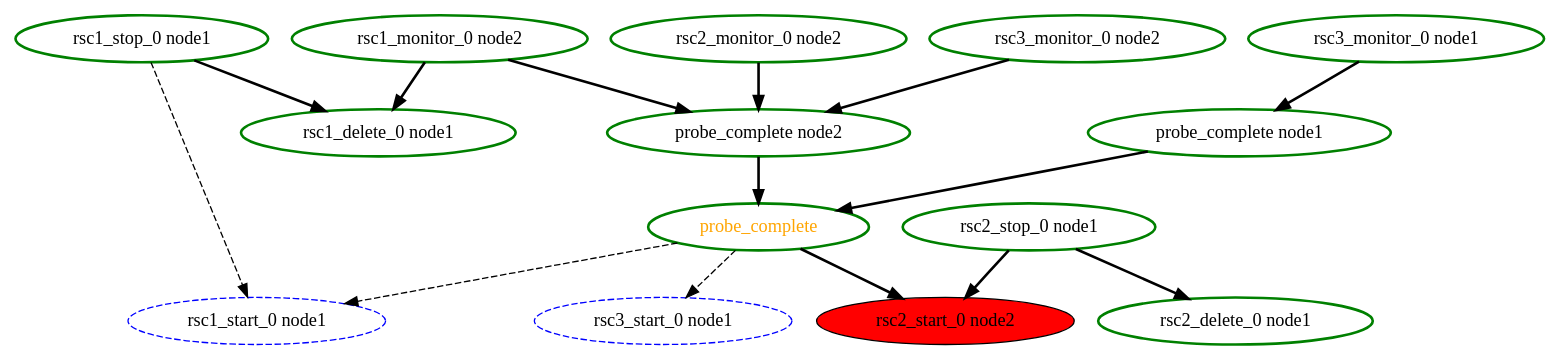
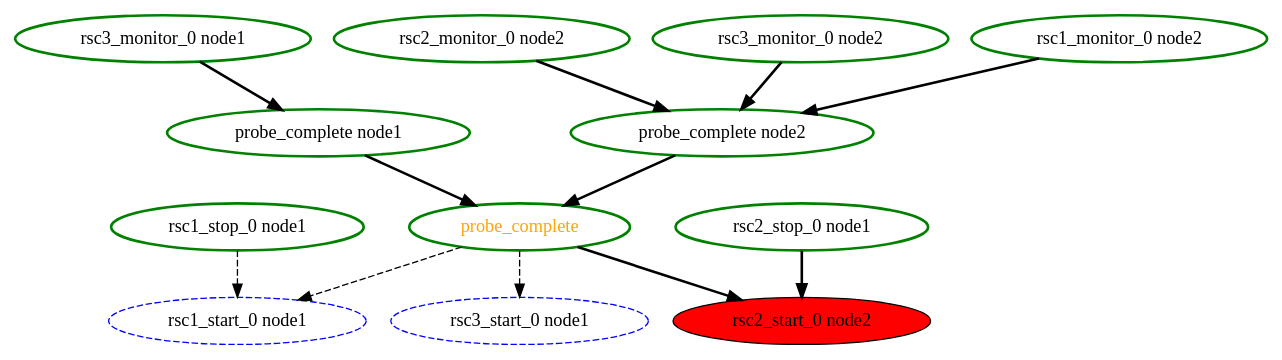
One commit to richiewen8/heartbeat changed the diagram in crm/pengine/testcases/quorum-3.dot. Above: the diagram before and after it, drawn with Graphviz. The commit also changed 105 other files, not shown here.

```diff
--- a/crm/pengine/testcases/quorum-3.dot
+++ b/crm/pengine/testcases/quorum-3.dot
@@ -1,31 +1,26 @@
 digraph "g" {
 	size = "30,30"
 "probe_complete" [ style=bold color="green" fontcolor="orange" ]
 "probe_complete node1" [ style=bold color="green" fontcolor="black" ]
 "rsc3_monitor_0 node1" [ style=bold color="green" fontcolor="black" ]
 "probe_complete node2" [ style=bold color="green" fontcolor="black" ]
 "rsc1_monitor_0 node2" [ style=bold color="green" fontcolor="black" ]
 "rsc2_monitor_0 node2" [ style=bold color="green" fontcolor="black" ]
 "rsc3_monitor_0 node2" [ style=bold color="green" fontcolor="black" ]
 "rsc1_stop_0 node1" [ style=bold color="green" fontcolor="black" ]
 "rsc1_start_0 node1" [ style="dashed" color="blue" fontcolor="black" ]
-"rsc1_delete_0 node1" [ style=bold color="green" fontcolor="black" ]
 "rsc2_stop_0 node1" [ style=bold color="green" fontcolor="black" ]
 "rsc2_start_0 node2" [ font_color=purple style=filled fillcolor=red ]
-"rsc2_delete_0 node1" [ style=bold color="green" fontcolor="black" ]
 "rsc3_start_0 node1" [ style="dashed" color="blue" fontcolor="black" ]
 "probe_complete node1" -> "probe_complete" [ style = bold]
 "probe_complete node2" -> "probe_complete" [ style = bold]
 "rsc3_monitor_0 node1" -> "probe_complete node1" [ style = bold]
 "rsc1_monitor_0 node2" -> "probe_complete node2" [ style = bold]
 "rsc2_monitor_0 node2" -> "probe_complete node2" [ style = bold]
 "rsc3_monitor_0 node2" -> "probe_complete node2" [ style = bold]
 "probe_complete" -> "rsc1_start_0 node1" [ style = dashed]
 "rsc1_stop_0 node1" -> "rsc1_start_0 node1" [ style = dashed]
-"rsc1_monitor_0 node2" -> "rsc1_delete_0 node1" [ style = bold]
-"rsc1_stop_0 node1" -> "rsc1_delete_0 node1" [ style = bold]
 "probe_complete" -> "rsc2_start_0 node2" [ style = bold]
 "rsc2_stop_0 node1" -> "rsc2_start_0 node2" [ style = bold]
-"rsc2_stop_0 node1" -> "rsc2_delete_0 node1" [ style = bold]
 "probe_complete" -> "rsc3_start_0 node1" [ style = dashed]
 }
```
